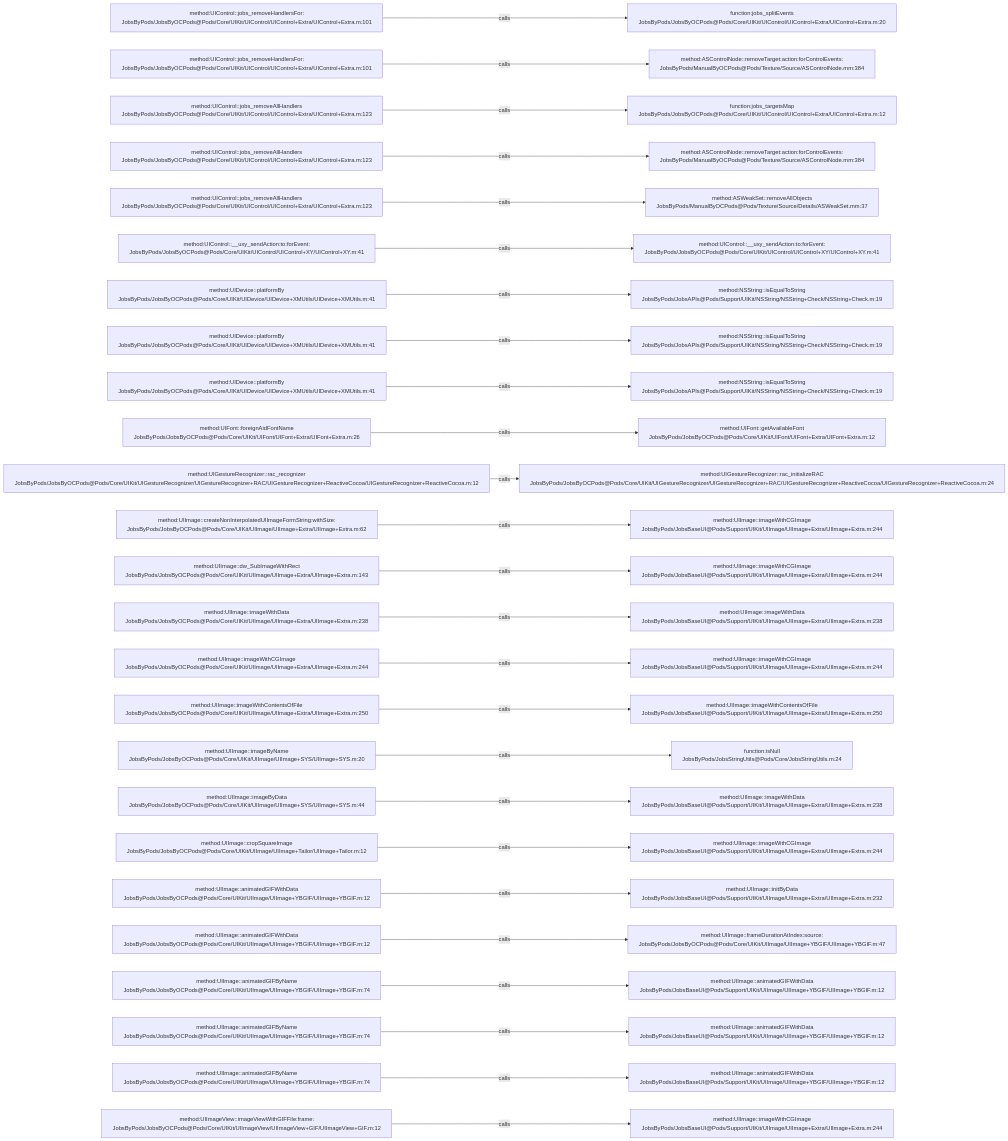
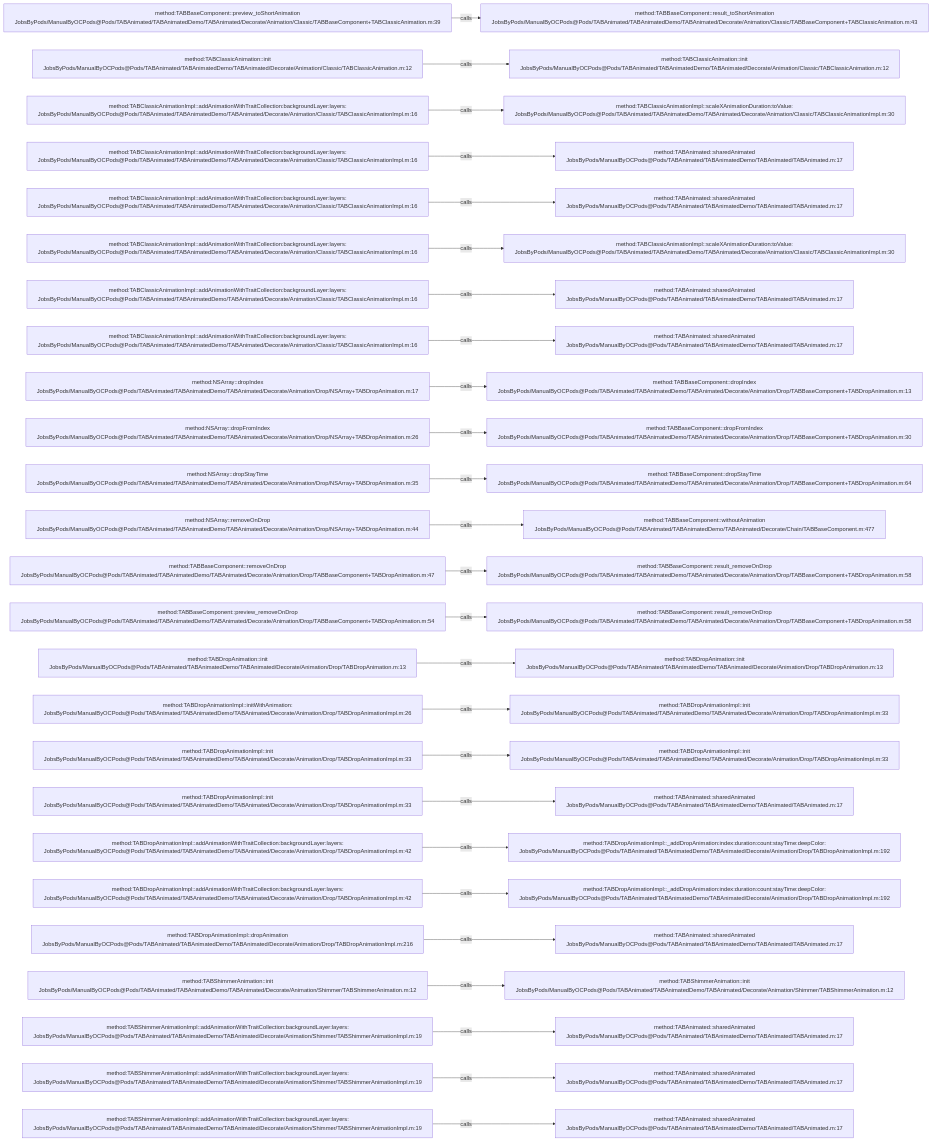
The diagram in .codegraph/codegraph.md/graphs/calls-036.md (JobsKits/JobsOCBaseConfigDemo), drawn with Mermaid before and after one commit. The commit also changed 2162 other files, not shown here.

````diff
--- a/.codegraph/codegraph.md/graphs/calls-036.md
+++ b/.codegraph/codegraph.md/graphs/calls-036.md
@@ -13,78 +13,78 @@
 ```mermaid
 flowchart LR
-  S1["method:UIControl::jobs_removeHandlersFor:<br/>JobsByPods/JobsByOCPods@Pods/Core/UIKit/UIControl/UIControl+Extra/UIControl+Extra.m:101"]
-  T1["function:jobs_splitEvents<br/>JobsByPods/JobsByOCPods@Pods/Core/UIKit/UIControl/UIControl+Extra/UIControl+Extra.m:20"]
+  S1["method:TABBaseComponent::preview_toShortAnimation<br/>JobsByPods/ManualByOCPods@Pods/TABAnimated/TABAnimatedDemo/TABAnimated/Decorate/Animation/Classic/TABBaseComponent+TABClassicAnimation.m:39"]
+  T1["method:TABBaseComponent::result_toShortAnimation<br/>JobsByPods/ManualByOCPods@Pods/TABAnimated/TABAnimatedDemo/TABAnimated/Decorate/Animation/Classic/TABBaseComponent+TABClassicAnimation.m:43"]
   S1 -->|calls| T1
-  S2["method:UIControl::jobs_removeHandlersFor:<br/>JobsByPods/JobsByOCPods@Pods/Core/UIKit/UIControl/UIControl+Extra/UIControl+Extra.m:101"]
-  T2["method:ASControlNode::removeTarget:action:forControlEvents:<br/>JobsByPods/ManualByOCPods@Pods/Texture/Source/ASControlNode.mm:384"]
+  S2["method:TABClassicAnimation::init<br/>JobsByPods/ManualByOCPods@Pods/TABAnimated/TABAnimatedDemo/TABAnimated/Decorate/Animation/Classic/TABClassicAnimation.m:12"]
+  T2["method:TABClassicAnimation::init<br/>JobsByPods/ManualByOCPods@Pods/TABAnimated/TABAnimatedDemo/TABAnimated/Decorate/Animation/Classic/TABClassicAnimation.m:12"]
   S2 -->|calls| T2
-  S3["method:UIControl::jobs_removeAllHandlers<br/>JobsByPods/JobsByOCPods@Pods/Core/UIKit/UIControl/UIControl+Extra/UIControl+Extra.m:123"]
-  T3["function:jobs_targetsMap<br/>JobsByPods/JobsByOCPods@Pods/Core/UIKit/UIControl/UIControl+Extra/UIControl+Extra.m:12"]
+  S3["method:TABClassicAnimationImpl::addAnimationWithTraitCollection:backgroundLayer:layers:<br/>JobsByPods/ManualByOCPods@Pods/TABAnimated/TABAnimatedDemo/TABAnimated/Decorate/Animation/Classic/TABClassicAnimationImpl.m:16"]
+  T3["method:TABClassicAnimationImpl::scaleXAnimationDuration:toValue:<br/>JobsByPods/ManualByOCPods@Pods/TABAnimated/TABAnimatedDemo/TABAnimated/Decorate/Animation/Classic/TABClassicAnimationImpl.m:30"]
   S3 -->|calls| T3
-  S4["method:UIControl::jobs_removeAllHandlers<br/>JobsByPods/JobsByOCPods@Pods/Core/UIKit/UIControl/UIControl+Extra/UIControl+Extra.m:123"]
-  T4["method:ASControlNode::removeTarget:action:forControlEvents:<br/>JobsByPods/ManualByOCPods@Pods/Texture/Source/ASControlNode.mm:384"]
+  S4["method:TABClassicAnimationImpl::addAnimationWithTraitCollection:backgroundLayer:layers:<br/>JobsByPods/ManualByOCPods@Pods/TABAnimated/TABAnimatedDemo/TABAnimated/Decorate/Animation/Classic/TABClassicAnimationImpl.m:16"]
+  T4["method:TABAnimated::sharedAnimated<br/>JobsByPods/ManualByOCPods@Pods/TABAnimated/TABAnimatedDemo/TABAnimated/TABAnimated.m:17"]
   S4 -->|calls| T4
-  S5["method:UIControl::jobs_removeAllHandlers<br/>JobsByPods/JobsByOCPods@Pods/Core/UIKit/UIControl/UIControl+Extra/UIControl+Extra.m:123"]
-  T5["method:ASWeakSet::removeAllObjects<br/>JobsByPods/ManualByOCPods@Pods/Texture/Source/Details/ASWeakSet.mm:37"]
+  S5["method:TABClassicAnimationImpl::addAnimationWithTraitCollection:backgroundLayer:layers:<br/>JobsByPods/ManualByOCPods@Pods/TABAnimated/TABAnimatedDemo/TABAnimated/Decorate/Animation/Classic/TABClassicAnimationImpl.m:16"]
+  T5["method:TABAnimated::sharedAnimated<br/>JobsByPods/ManualByOCPods@Pods/TABAnimated/TABAnimatedDemo/TABAnimated/TABAnimated.m:17"]
   S5 -->|calls| T5
-  S6["method:UIControl::__uxy_sendAction:to:forEvent:<br/>JobsByPods/JobsByOCPods@Pods/Core/UIKit/UIControl/UIControl+XY/UIControl+XY.m:41"]
-  T6["method:UIControl::__uxy_sendAction:to:forEvent:<br/>JobsByPods/JobsByOCPods@Pods/Core/UIKit/UIControl/UIControl+XY/UIControl+XY.m:41"]
+  S6["method:TABClassicAnimationImpl::addAnimationWithTraitCollection:backgroundLayer:layers:<br/>JobsByPods/ManualByOCPods@Pods/TABAnimated/TABAnimatedDemo/TABAnimated/Decorate/Animation/Classic/TABClassicAnimationImpl.m:16"]
+  T6["method:TABClassicAnimationImpl::scaleXAnimationDuration:toValue:<br/>JobsByPods/ManualByOCPods@Pods/TABAnimated/TABAnimatedDemo/TABAnimated/Decorate/Animation/Classic/TABClassicAnimationImpl.m:30"]
   S6 -->|calls| T6
-  S7["method:UIDevice::platformBy<br/>JobsByPods/JobsByOCPods@Pods/Core/UIKit/UIDevice/UIDevice+XMUtils/UIDevice+XMUtils.m:41"]
-  T7["method:NSString::isEqualToString<br/>JobsByPods/JobsAPIs@Pods/Support/UIKit/NSString/NSString+Check/NSString+Check.m:19"]
+  S7["method:TABClassicAnimationImpl::addAnimationWithTraitCollection:backgroundLayer:layers:<br/>JobsByPods/ManualByOCPods@Pods/TABAnimated/TABAnimatedDemo/TABAnimated/Decorate/Animation/Classic/TABClassicAnimationImpl.m:16"]
+  T7["method:TABAnimated::sharedAnimated<br/>JobsByPods/ManualByOCPods@Pods/TABAnimated/TABAnimatedDemo/TABAnimated/TABAnimated.m:17"]
   S7 -->|calls| T7
-  S8["method:UIDevice::platformBy<br/>JobsByPods/JobsByOCPods@Pods/Core/UIKit/UIDevice/UIDevice+XMUtils/UIDevice+XMUtils.m:41"]
-  T8["method:NSString::isEqualToString<br/>JobsByPods/JobsAPIs@Pods/Support/UIKit/NSString/NSString+Check/NSString+Check.m:19"]
+  S8["method:TABClassicAnimationImpl::addAnimationWithTraitCollection:backgroundLayer:layers:<br/>JobsByPods/ManualByOCPods@Pods/TABAnimated/TABAnimatedDemo/TABAnimated/Decorate/Animation/Classic/TABClassicAnimationImpl.m:16"]
+  T8["method:TABAnimated::sharedAnimated<br/>JobsByPods/ManualByOCPods@Pods/TABAnimated/TABAnimatedDemo/TABAnimated/TABAnimated.m:17"]
   S8 -->|calls| T8
-  S9["method:UIDevice::platformBy<br/>JobsByPods/JobsByOCPods@Pods/Core/UIKit/UIDevice/UIDevice+XMUtils/UIDevice+XMUtils.m:41"]
-  T9["method:NSString::isEqualToString<br/>JobsByPods/JobsAPIs@Pods/Support/UIKit/NSString/NSString+Check/NSString+Check.m:19"]
+  S9["method:NSArray::dropIndex<br/>JobsByPods/ManualByOCPods@Pods/TABAnimated/TABAnimatedDemo/TABAnimated/Decorate/Animation/Drop/NSArray+TABDropAnimation.m:17"]
+  T9["method:TABBaseComponent::dropIndex<br/>JobsByPods/ManualByOCPods@Pods/TABAnimated/TABAnimatedDemo/TABAnimated/Decorate/Animation/Drop/TABBaseComponent+TABDropAnimation.m:13"]
   S9 -->|calls| T9
-  S10["method:UIFont::foreignAidFontName<br/>JobsByPods/JobsByOCPods@Pods/Core/UIKit/UIFont/UIFont+Extra/UIFont+Extra.m:26"]
-  T10["method:UIFont::getAvailableFont<br/>JobsByPods/JobsByOCPods@Pods/Core/UIKit/UIFont/UIFont+Extra/UIFont+Extra.m:12"]
+  S10["method:NSArray::dropFromIndex<br/>JobsByPods/ManualByOCPods@Pods/TABAnimated/TABAnimatedDemo/TABAnimated/Decorate/Animation/Drop/NSArray+TABDropAnimation.m:26"]
+  T10["method:TABBaseComponent::dropFromIndex<br/>JobsByPods/ManualByOCPods@Pods/TABAnimated/TABAnimatedDemo/TABAnimated/Decorate/Animation/Drop/TABBaseComponent+TABDropAnimation.m:30"]
   S10 -->|calls| T10
-  S11["method:UIGestureRecognizer::rac_recognizer<br/>JobsByPods/JobsByOCPods@Pods/Core/UIKit/UIGestureRecognizer/UIGestureRecognizer+RAC/UIGestureRecognizer+ReactiveCocoa/UIGestureRecognizer+ReactiveCocoa.m:12"]
-  T11["method:UIGestureRecognizer::rac_initializeRAC<br/>JobsByPods/JobsByOCPods@Pods/Core/UIKit/UIGestureRecognizer/UIGestureRecognizer+RAC/UIGestureRecognizer+ReactiveCocoa/UIGestureRecognizer+ReactiveCocoa.m:24"]
+  S11["method:NSArray::dropStayTime<br/>JobsByPods/ManualByOCPods@Pods/TABAnimated/TABAnimatedDemo/TABAnimated/Decorate/Animation/Drop/NSArray+TABDropAnimation.m:35"]
+  T11["method:TABBaseComponent::dropStayTime<br/>JobsByPods/ManualByOCPods@Pods/TABAnimated/TABAnimatedDemo/TABAnimated/Decorate/Animation/Drop/TABBaseComponent+TABDropAnimation.m:64"]
   S11 -->|calls| T11
-  S12["method:UIImage::createNonInterpolatedUIImageFormString:withSize:<br/>JobsByPods/JobsByOCPods@Pods/Core/UIKit/UIImage/UIImage+Extra/UIImage+Extra.m:62"]
-  T12["method:UIImage::imageWithCGImage<br/>JobsByPods/JobsBaseUI@Pods/Support/UIKit/UIImage/UIImage+Extra/UIImage+Extra.m:244"]
+  S12["method:NSArray::removeOnDrop<br/>JobsByPods/ManualByOCPods@Pods/TABAnimated/TABAnimatedDemo/TABAnimated/Decorate/Animation/Drop/NSArray+TABDropAnimation.m:44"]
+  T12["method:TABBaseComponent::withoutAnimation<br/>JobsByPods/ManualByOCPods@Pods/TABAnimated/TABAnimatedDemo/TABAnimated/Decorate/Chain/TABBaseComponent.m:477"]
   S12 -->|calls| T12
-  S13["method:UIImage::dw_SubImageWithRect<br/>JobsByPods/JobsByOCPods@Pods/Core/UIKit/UIImage/UIImage+Extra/UIImage+Extra.m:143"]
-  T13["method:UIImage::imageWithCGImage<br/>JobsByPods/JobsBaseUI@Pods/Support/UIKit/UIImage/UIImage+Extra/UIImage+Extra.m:244"]
+  S13["method:TABBaseComponent::removeOnDrop<br/>JobsByPods/ManualByOCPods@Pods/TABAnimated/TABAnimatedDemo/TABAnimated/Decorate/Animation/Drop/TABBaseComponent+TABDropAnimation.m:47"]
+  T13["method:TABBaseComponent::result_removeOnDrop<br/>JobsByPods/ManualByOCPods@Pods/TABAnimated/TABAnimatedDemo/TABAnimated/Decorate/Animation/Drop/TABBaseComponent+TABDropAnimation.m:58"]
   S13 -->|calls| T13
-  S14["method:UIImage::imageWithData<br/>JobsByPods/JobsByOCPods@Pods/Core/UIKit/UIImage/UIImage+Extra/UIImage+Extra.m:238"]
-  T14["method:UIImage::imageWithData<br/>JobsByPods/JobsBaseUI@Pods/Support/UIKit/UIImage/UIImage+Extra/UIImage+Extra.m:238"]
+  S14["method:TABBaseComponent::preview_removeOnDrop<br/>JobsByPods/ManualByOCPods@Pods/TABAnimated/TABAnimatedDemo/TABAnimated/Decorate/Animation/Drop/TABBaseComponent+TABDropAnimation.m:54"]
+  T14["method:TABBaseComponent::result_removeOnDrop<br/>JobsByPods/ManualByOCPods@Pods/TABAnimated/TABAnimatedDemo/TABAnimated/Decorate/Animation/Drop/TABBaseComponent+TABDropAnimation.m:58"]
   S14 -->|calls| T14
-  S15["method:UIImage::imageWithCGImage<br/>JobsByPods/JobsByOCPods@Pods/Core/UIKit/UIImage/UIImage+Extra/UIImage+Extra.m:244"]
-  T15["method:UIImage::imageWithCGImage<br/>JobsByPods/JobsBaseUI@Pods/Support/UIKit/UIImage/UIImage+Extra/UIImage+Extra.m:244"]
+  S15["method:TABDropAnimation::init<br/>JobsByPods/ManualByOCPods@Pods/TABAnimated/TABAnimatedDemo/TABAnimated/Decorate/Animation/Drop/TABDropAnimation.m:13"]
+  T15["method:TABDropAnimation::init<br/>JobsByPods/ManualByOCPods@Pods/TABAnimated/TABAnimatedDemo/TABAnimated/Decorate/Animation/Drop/TABDropAnimation.m:13"]
   S15 -->|calls| T15
-  S16["method:UIImage::imageWithContentsOfFile<br/>JobsByPods/JobsByOCPods@Pods/Core/UIKit/UIImage/UIImage+Extra/UIImage+Extra.m:250"]
-  T16["method:UIImage::imageWithContentsOfFile<br/>JobsByPods/JobsBaseUI@Pods/Support/UIKit/UIImage/UIImage+Extra/UIImage+Extra.m:250"]
+  S16["method:TABDropAnimationImpl::initWithAnimation:<br/>JobsByPods/ManualByOCPods@Pods/TABAnimated/TABAnimatedDemo/TABAnimated/Decorate/Animation/Drop/TABDropAnimationImpl.m:26"]
+  T16["method:TABDropAnimationImpl::init<br/>JobsByPods/ManualByOCPods@Pods/TABAnimated/TABAnimatedDemo/TABAnimated/Decorate/Animation/Drop/TABDropAnimationImpl.m:33"]
   S16 -->|calls| T16
-  S17["method:UIImage::imageByName<br/>JobsByPods/JobsByOCPods@Pods/Core/UIKit/UIImage/UIImage+SYS/UIImage+SYS.m:20"]
-  T17["function:isNull<br/>JobsByPods/JobsStringUtils@Pods/Core/JobsStringUtils.m:24"]
+  S17["method:TABDropAnimationImpl::init<br/>JobsByPods/ManualByOCPods@Pods/TABAnimated/TABAnimatedDemo/TABAnimated/Decorate/Animation/Drop/TABDropAnimationImpl.m:33"]
+  T17["method:TABDropAnimationImpl::init<br/>JobsByPods/ManualByOCPods@Pods/TABAnimated/TABAnimatedDemo/TABAnimated/Decorate/Animation/Drop/TABDropAnimationImpl.m:33"]
   S17 -->|calls| T17
-  S18["method:UIImage::imageByData<br/>JobsByPods/JobsByOCPods@Pods/Core/UIKit/UIImage/UIImage+SYS/UIImage+SYS.m:44"]
-  T18["method:UIImage::imageWithData<br/>JobsByPods/JobsBaseUI@Pods/Support/UIKit/UIImage/UIImage+Extra/UIImage+Extra.m:238"]
+  S18["method:TABDropAnimationImpl::init<br/>JobsByPods/ManualByOCPods@Pods/TABAnimated/TABAnimatedDemo/TABAnimated/Decorate/Animation/Drop/TABDropAnimationImpl.m:33"]
+  T18["method:TABAnimated::sharedAnimated<br/>JobsByPods/ManualByOCPods@Pods/TABAnimated/TABAnimatedDemo/TABAnimated/TABAnimated.m:17"]
   S18 -->|calls| T18
-  S19["method:UIImage::cropSquareImage<br/>JobsByPods/JobsByOCPods@Pods/Core/UIKit/UIImage/UIImage+Tailor/UIImage+Tailor.m:12"]
-  T19["method:UIImage::imageWithCGImage<br/>JobsByPods/JobsBaseUI@Pods/Support/UIKit/UIImage/UIImage+Extra/UIImage+Extra.m:244"]
+  S19["method:TABDropAnimationImpl::addAnimationWithTraitCollection:backgroundLayer:layers:<br/>JobsByPods/ManualByOCPods@Pods/TABAnimated/TABAnimatedDemo/TABAnimated/Decorate/Animation/Drop/TABDropAnimationImpl.m:42"]
+  T19["method:TABDropAnimationImpl::_addDropAnimation:index:duration:count:stayTime:deepColor:<br/>JobsByPods/ManualByOCPods@Pods/TABAnimated/TABAnimatedDemo/TABAnimated/Decorate/Animation/Drop/TABDropAnimationImpl.m:192"]
   S19 -->|calls| T19
-  S20["method:UIImage::animatedGIFWithData<br/>JobsByPods/JobsByOCPods@Pods/Core/UIKit/UIImage/UIImage+YBGIF/UIImage+YBGIF.m:12"]
-  T20["method:UIImage::initByData<br/>JobsByPods/JobsBaseUI@Pods/Support/UIKit/UIImage/UIImage+Extra/UIImage+Extra.m:232"]
+  S20["method:TABDropAnimationImpl::addAnimationWithTraitCollection:backgroundLayer:layers:<br/>JobsByPods/ManualByOCPods@Pods/TABAnimated/TABAnimatedDemo/TABAnimated/Decorate/Animation/Drop/TABDropAnimationImpl.m:42"]
+  T20["method:TABDropAnimationImpl::_addDropAnimation:index:duration:count:stayTime:deepColor:<br/>JobsByPods/ManualByOCPods@Pods/TABAnimated/TABAnimatedDemo/TABAnimated/Decorate/Animation/Drop/TABDropAnimationImpl.m:192"]
   S20 -->|calls| T20
-  S21["method:UIImage::animatedGIFWithData<br/>JobsByPods/JobsByOCPods@Pods/Core/UIKit/UIImage/UIImage+YBGIF/UIImage+YBGIF.m:12"]
-  T21["method:UIImage::frameDurationAtIndex:source:<br/>JobsByPods/JobsByOCPods@Pods/Core/UIKit/UIImage/UIImage+YBGIF/UIImage+YBGIF.m:47"]
+  S21["method:TABDropAnimationImpl::dropAnimation<br/>JobsByPods/ManualByOCPods@Pods/TABAnimated/TABAnimatedDemo/TABAnimated/Decorate/Animation/Drop/TABDropAnimationImpl.m:216"]
+  T21["method:TABAnimated::sharedAnimated<br/>JobsByPods/ManualByOCPods@Pods/TABAnimated/TABAnimatedDemo/TABAnimated/TABAnimated.m:17"]
   S21 -->|calls| T21
-  S22["method:UIImage::animatedGIFByName<br/>JobsByPods/JobsByOCPods@Pods/Core/UIKit/UIImage/UIImage+YBGIF/UIImage+YBGIF.m:74"]
-  T22["method:UIImage::animatedGIFWithData<br/>JobsByPods/JobsBaseUI@Pods/Support/UIKit/UIImage/UIImage+YBGIF/UIImage+YBGIF.m:12"]
+  S22["method:TABShimmerAnimation::init<br/>JobsByPods/ManualByOCPods@Pods/TABAnimated/TABAnimatedDemo/TABAnimated/Decorate/Animation/Shimmer/TABShimmerAnimation.m:12"]
+  T22["method:TABShimmerAnimation::init<br/>JobsByPods/ManualByOCPods@Pods/TABAnimated/TABAnimatedDemo/TABAnimated/Decorate/Animation/Shimmer/TABShimmerAnimation.m:12"]
   S22 -->|calls| T22
-  S23["method:UIImage::animatedGIFByName<br/>JobsByPods/JobsByOCPods@Pods/Core/UIKit/UIImage/UIImage+YBGIF/UIImage+YBGIF.m:74"]
-  T23["method:UIImage::animatedGIFWithData<br/>JobsByPods/JobsBaseUI@Pods/Support/UIKit/UIImage/UIImage+YBGIF/UIImage+YBGIF.m:12"]
+  S23["method:TABShimmerAnimationImpl::addAnimationWithTraitCollection:backgroundLayer:layers:<br/>JobsByPods/ManualByOCPods@Pods/TABAnimated/TABAnimatedDemo/TABAnimated/Decorate/Animation/Shimmer/TABShimmerAnimationImpl.m:19"]
+  T23["method:TABAnimated::sharedAnimated<br/>JobsByPods/ManualByOCPods@Pods/TABAnimated/TABAnimatedDemo/TABAnimated/TABAnimated.m:17"]
   S23 -->|calls| T23
-  S24["method:UIImage::animatedGIFByName<br/>JobsByPods/JobsByOCPods@Pods/Core/UIKit/UIImage/UIImage+YBGIF/UIImage+YBGIF.m:74"]
-  T24["method:UIImage::animatedGIFWithData<br/>JobsByPods/JobsBaseUI@Pods/Support/UIKit/UIImage/UIImage+YBGIF/UIImage+YBGIF.m:12"]
+  S24["method:TABShimmerAnimationImpl::addAnimationWithTraitCollection:backgroundLayer:layers:<br/>JobsByPods/ManualByOCPods@Pods/TABAnimated/TABAnimatedDemo/TABAnimated/Decorate/Animation/Shimmer/TABShimmerAnimationImpl.m:19"]
+  T24["method:TABAnimated::sharedAnimated<br/>JobsByPods/ManualByOCPods@Pods/TABAnimated/TABAnimatedDemo/TABAnimated/TABAnimated.m:17"]
   S24 -->|calls| T24
-  S25["method:UIImageView::imageViewWithGIFFile:frame:<br/>JobsByPods/JobsByOCPods@Pods/Core/UIKit/UIImageView/UIImageView+GIF/UIImageView+GIF.m:12"]
-  T25["method:UIImage::imageWithCGImage<br/>JobsByPods/JobsBaseUI@Pods/Support/UIKit/UIImage/UIImage+Extra/UIImage+Extra.m:244"]
+  S25["method:TABShimmerAnimationImpl::addAnimationWithTraitCollection:backgroundLayer:layers:<br/>JobsByPods/ManualByOCPods@Pods/TABAnimated/TABAnimatedDemo/TABAnimated/Decorate/Animation/Shimmer/TABShimmerAnimationImpl.m:19"]
+  T25["method:TABAnimated::sharedAnimated<br/>JobsByPods/ManualByOCPods@Pods/TABAnimated/TABAnimatedDemo/TABAnimated/TABAnimated.m:17"]
   S25 -->|calls| T25
 ```
````
